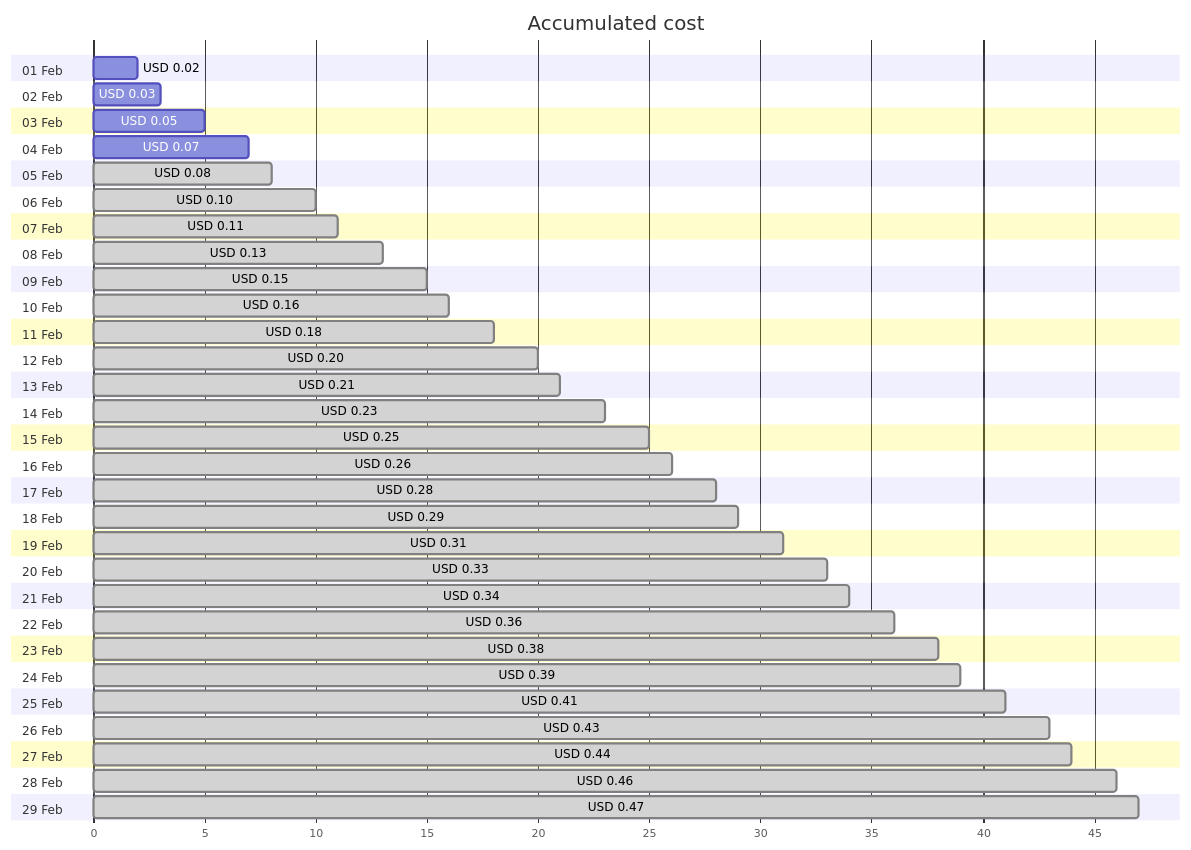
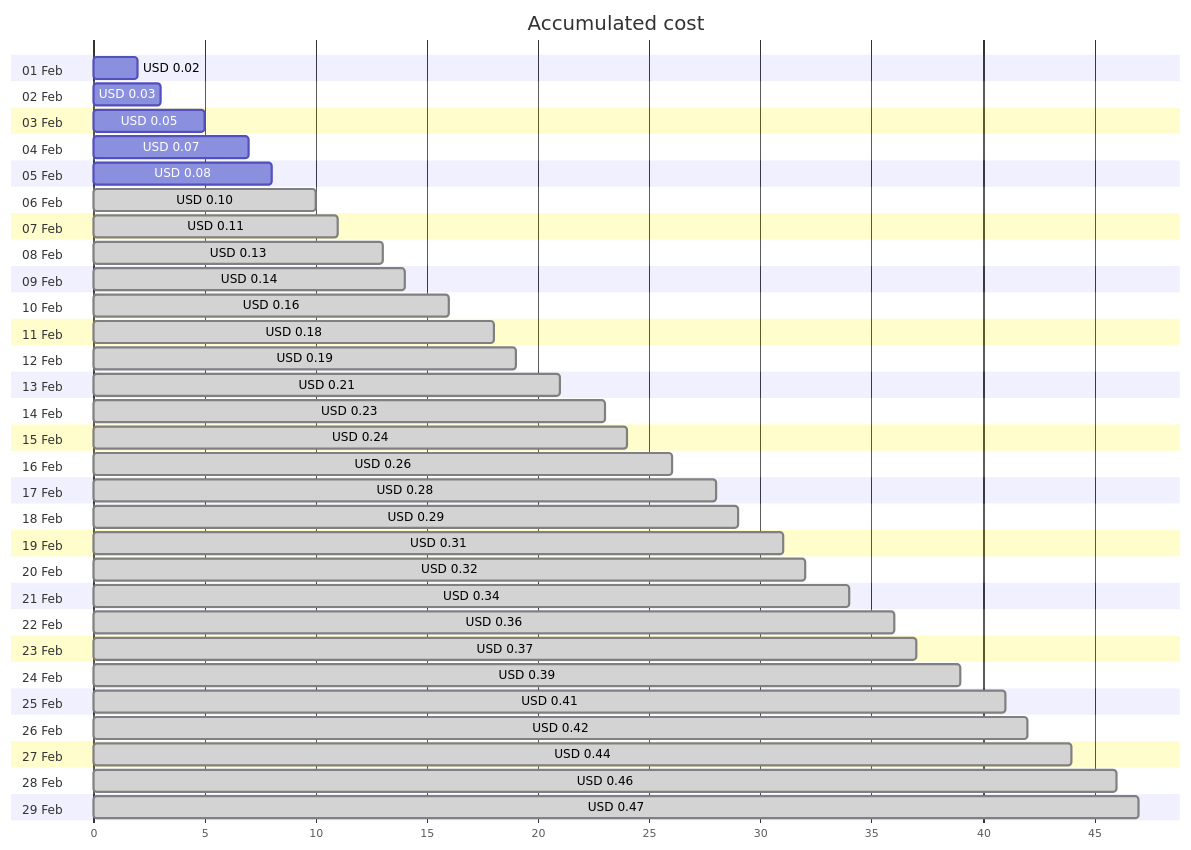
Before and after one commit to jpfulton/azure-personal-reports: the first of 4 diagrams in cost-reports/personal-dns/jpatrickfulton.dev.md, drawn with Mermaid. The commit also changed other lines of this file and 2 other files, not shown here.

````diff
--- a/cost-reports/personal-dns/jpatrickfulton.dev.md
+++ b/cost-reports/personal-dns/jpatrickfulton.dev.md
@@ -20,64 +20,64 @@
 ```mermaid
 gantt
    title Accumulated cost
    dateFormat  X
    axisFormat %s
    section 01 Feb
    USD 0.02 :0, 2
    section 02 Feb
    USD 0.03 :0, 3
    section 03 Feb
    USD 0.05 :0, 5
    section 04 Feb
    USD 0.07 :0, 7
    section 05 Feb
-   USD 0.08 : done, 0, 8
+   USD 0.08 :0, 8
    section 06 Feb
    USD 0.10 : done, 0, 10
    section 07 Feb
    USD 0.11 : done, 0, 11
    section 08 Feb
    USD 0.13 : done, 0, 13
    section 09 Feb
-   USD 0.15 : done, 0, 15
+   USD 0.14 : done, 0, 14
    section 10 Feb
    USD 0.16 : done, 0, 16
    section 11 Feb
    USD 0.18 : done, 0, 18
    section 12 Feb
-   USD 0.20 : done, 0, 20
+   USD 0.19 : done, 0, 19
    section 13 Feb
    USD 0.21 : done, 0, 21
    section 14 Feb
    USD 0.23 : done, 0, 23
    section 15 Feb
-   USD 0.25 : done, 0, 25
+   USD 0.24 : done, 0, 24
    section 16 Feb
    USD 0.26 : done, 0, 26
    section 17 Feb
    USD 0.28 : done, 0, 28
    section 18 Feb
    USD 0.29 : done, 0, 29
    section 19 Feb
    USD 0.31 : done, 0, 31
    section 20 Feb
-   USD 0.33 : done, 0, 33
+   USD 0.32 : done, 0, 32
    section 21 Feb
    USD 0.34 : done, 0, 34
    section 22 Feb
    USD 0.36 : done, 0, 36
    section 23 Feb
-   USD 0.38 : done, 0, 38
+   USD 0.37 : done, 0, 37
    section 24 Feb
    USD 0.39 : done, 0, 39
    section 25 Feb
    USD 0.41 : done, 0, 41
    section 26 Feb
-   USD 0.43 : done, 0, 43
+   USD 0.42 : done, 0, 42
    section 27 Feb
    USD 0.44 : done, 0, 44
    section 28 Feb
    USD 0.46 : done, 0, 46
    section 29 Feb
    USD 0.47 : done, 0, 47
 ```
````
